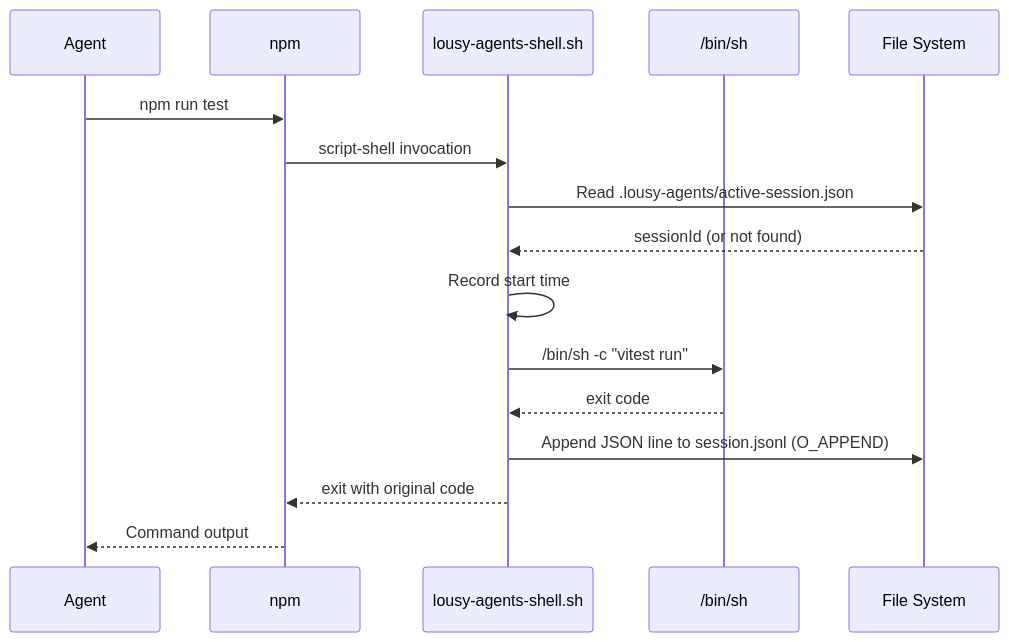
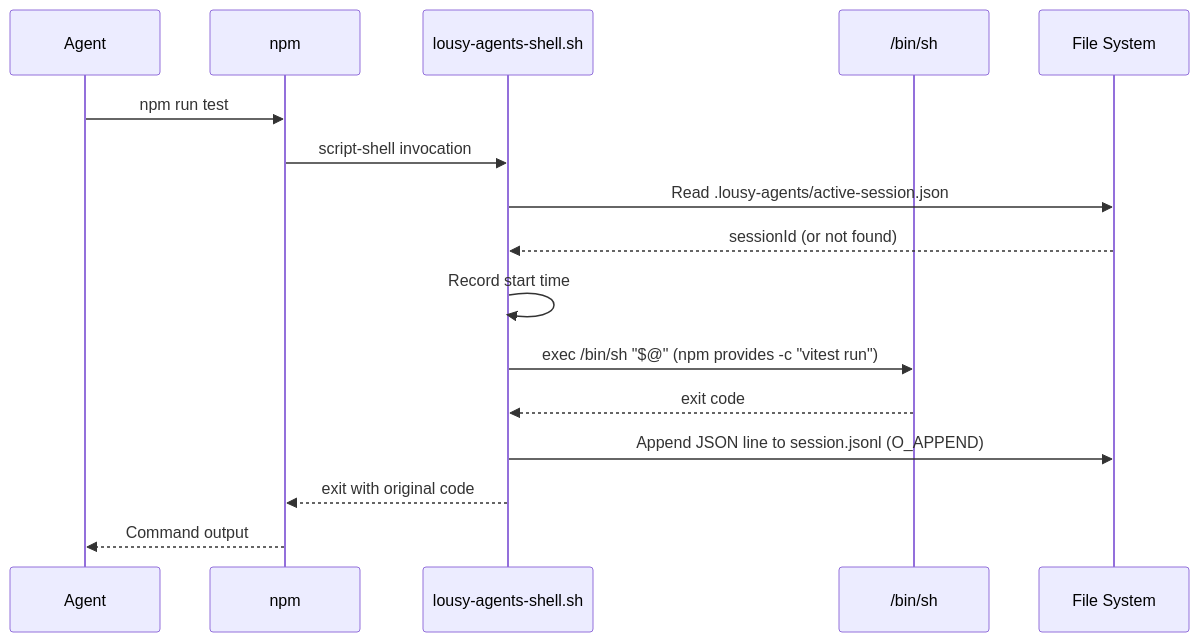
The third of 3 diagrams in .github/specs/feedback-loop-checkpoint-tools.spec.md (zpratt/lousy-agents), drawn with Mermaid before and after one commit. The commit also changed other lines of this file, not shown here.

````diff
--- a/.github/specs/feedback-loop-checkpoint-tools.spec.md
+++ b/.github/specs/feedback-loop-checkpoint-tools.spec.md
@@ -227,19 +227,19 @@
 ```mermaid
 sequenceDiagram
     participant Agent
     participant npm
     participant Wrapper as lousy-agents-shell.sh
     participant Shell as /bin/sh
     participant FS as File System
 
     Agent->>npm: npm run test
     npm->>Wrapper: script-shell invocation
     Wrapper->>FS: Read .lousy-agents/active-session.json
     FS-->>Wrapper: sessionId (or not found)
     Wrapper->>Wrapper: Record start time
-    Wrapper->>Shell: /bin/sh -c "vitest run"
+    Wrapper->>Shell: exec /bin/sh "$@"  (npm provides -c "vitest run")
     Shell-->>Wrapper: exit code
     Wrapper->>FS: Append JSON line to session.jsonl (O_APPEND)
     Wrapper-->>npm: exit with original code
     npm-->>Agent: Command output
 ```
````
